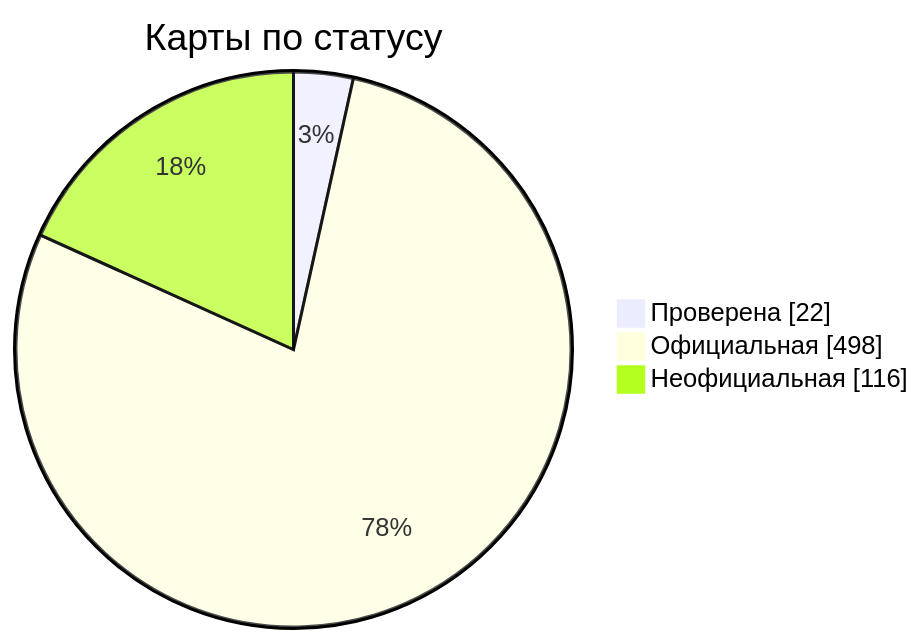
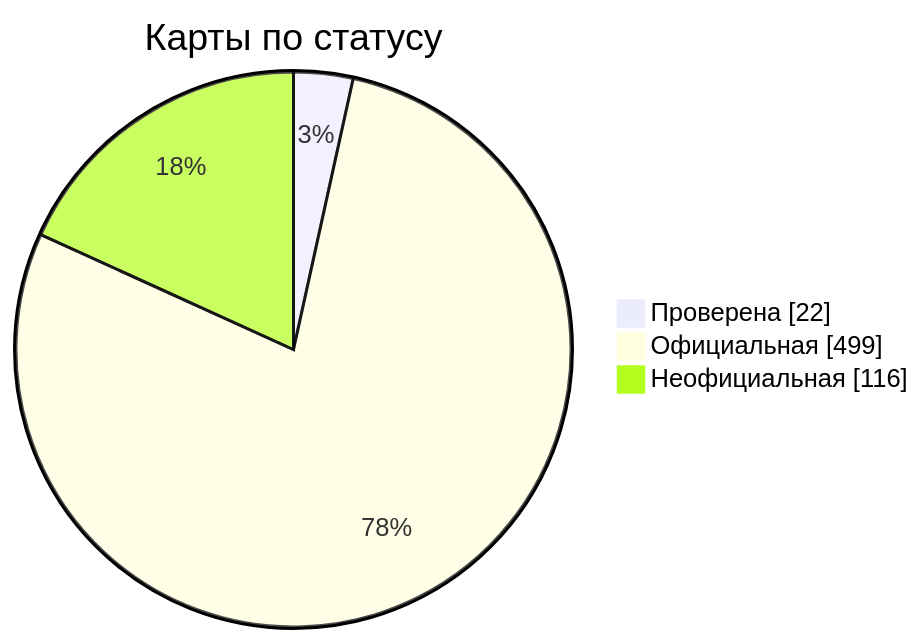
Before and after one commit to nobrega8/mbmap-library: the diagram in docs/readme/README_RU.md, drawn with Mermaid. The commit also changed 6 other files, not shown here.

````diff
--- a/docs/readme/README_RU.md
+++ b/docs/readme/README_RU.md
@@ -54,7 +54,7 @@
 ```mermaid
 pie showData
     title Карты по статусу
     "Проверена" : 22
-    "Официальная" : 498
+    "Официальная" : 499
     "Неофициальная" : 116
 ```
````
